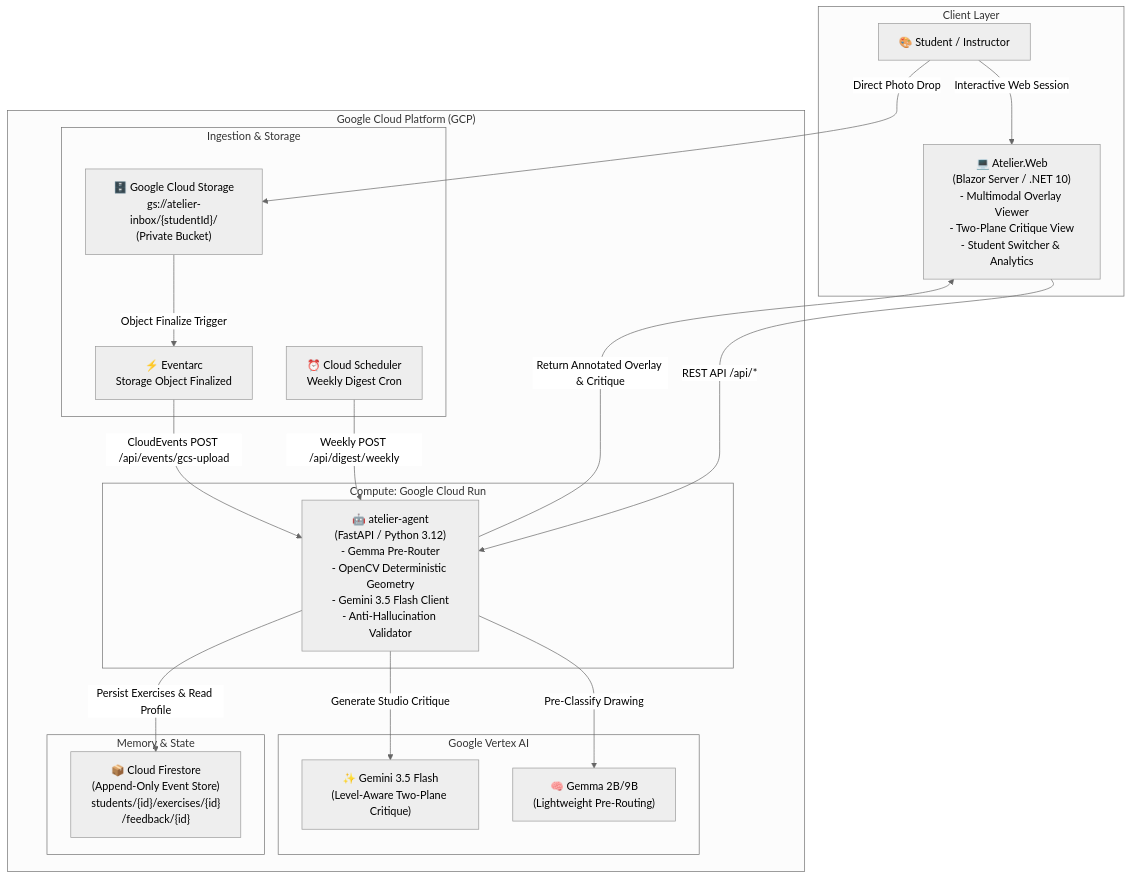
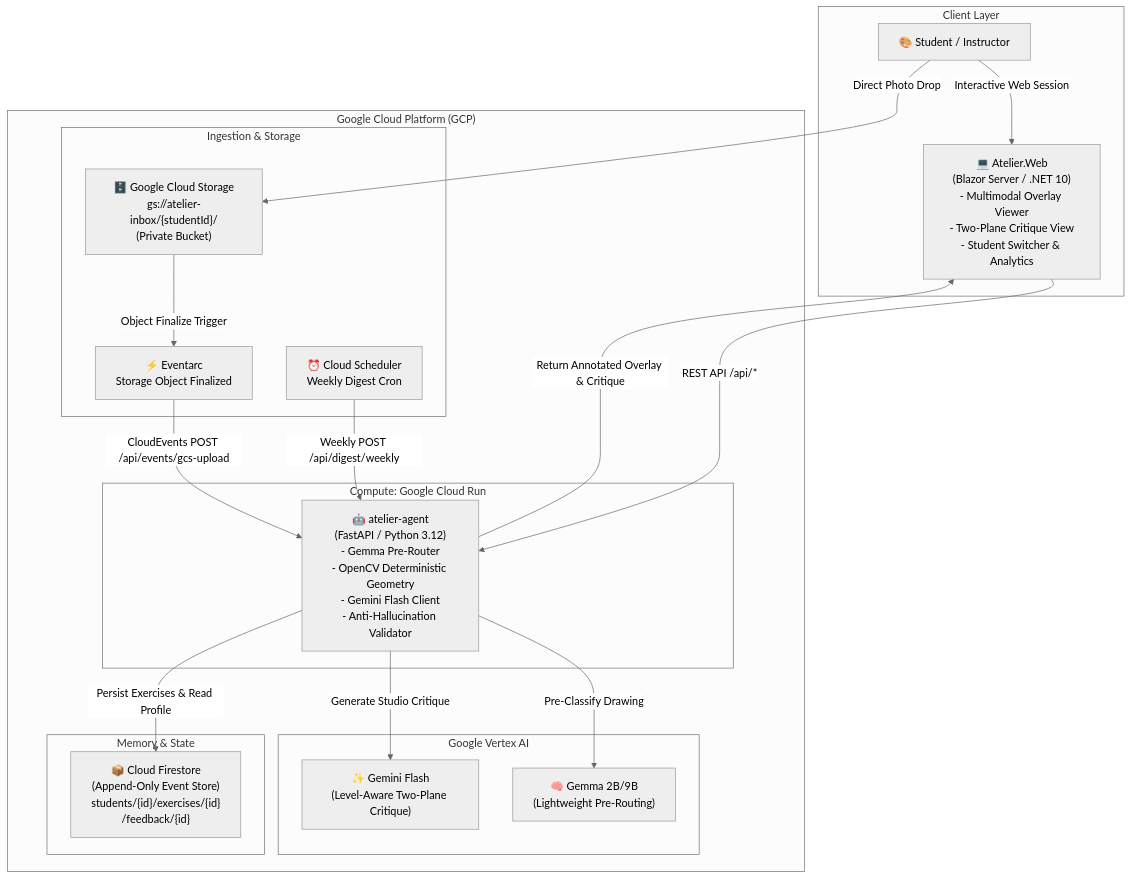
One commit to hvaler/atelier changed the first of 2 diagrams in docs/ARCHITECTURE.md. Above: the diagram before and after it, drawn with Mermaid (neutral theme). The commit also changed other lines of this file and 12 other files, not shown here.

````diff
--- a/docs/ARCHITECTURE.md
+++ b/docs/ARCHITECTURE.md
@@ -9,42 +9,42 @@
 ```mermaid
 graph TB
     subgraph "Client Layer"
         User["🎨 Student / Instructor"]
         WebUI["💻 Atelier.Web\n(Blazor Server / .NET 10)\n- Multimodal Overlay Viewer\n- Two-Plane Critique View\n- Student Switcher & Analytics"]
     end
 
     subgraph "Google Cloud Platform (GCP)"
         subgraph "Ingestion & Storage"
             GCS["🗄️ Google Cloud Storage\ngs://atelier-inbox/{studentId}/\n(Private Bucket)"]
             Eventarc["⚡ Eventarc\nStorage Object Finalized"]
             Scheduler["⏰ Cloud Scheduler\nWeekly Digest Cron"]
         end
 
         subgraph "Compute: Google Cloud Run"
-            AgentService["🤖 atelier-agent\n(FastAPI / Python 3.12)\n- Gemma Pre-Router\n- OpenCV Deterministic Geometry\n- Gemini 3.5 Flash Client\n- Anti-Hallucination Validator"]
+            AgentService["🤖 atelier-agent\n(FastAPI / Python 3.12)\n- Gemma Pre-Router\n- OpenCV Deterministic Geometry\n- Gemini Flash Client\n- Anti-Hallucination Validator"]
         end
 
         subgraph "Google Vertex AI"
             Gemma["🧠 Gemma 2B/9B\n(Lightweight Pre-Routing)"]
-            Gemini["✨ Gemini 3.5 Flash\n(Level-Aware Two-Plane Critique)"]
+            Gemini["✨ Gemini Flash\n(Level-Aware Two-Plane Critique)"]
         end
 
         subgraph "Memory & State"
             Firestore["📦 Cloud Firestore\n(Append-Only Event Store)\nstudents/{id}/exercises/{id}\n/feedback/{id}"]
         end
     end
 
     User -->|Interactive Web Session| WebUI
     User -->|Direct Photo Drop| GCS
 
     WebUI -->|REST API /api/*| AgentService
     GCS -->|Object Finalize Trigger| Eventarc
     Eventarc -->|CloudEvents POST /api/events/gcs-upload| AgentService
     Scheduler -->|Weekly POST /api/digest/weekly| AgentService
 
     AgentService -->|Pre-Classify Drawing| Gemma
     AgentService -->|Generate Studio Critique| Gemini
     AgentService -->|Persist Exercises & Read Profile| Firestore
 
     AgentService -->|Return Annotated Overlay & Critique| WebUI
 ```
````
